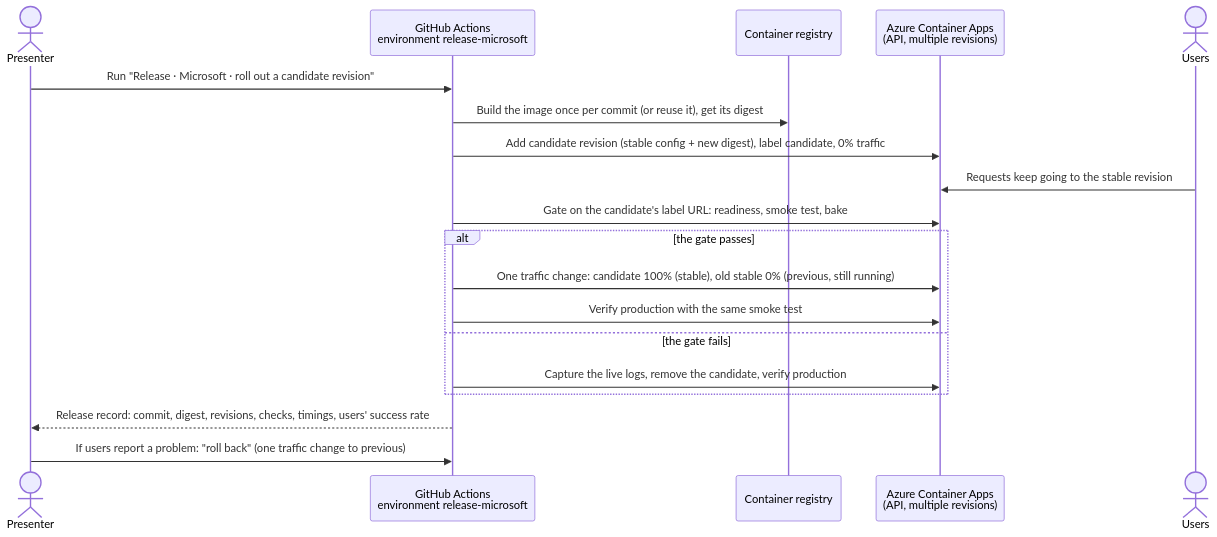
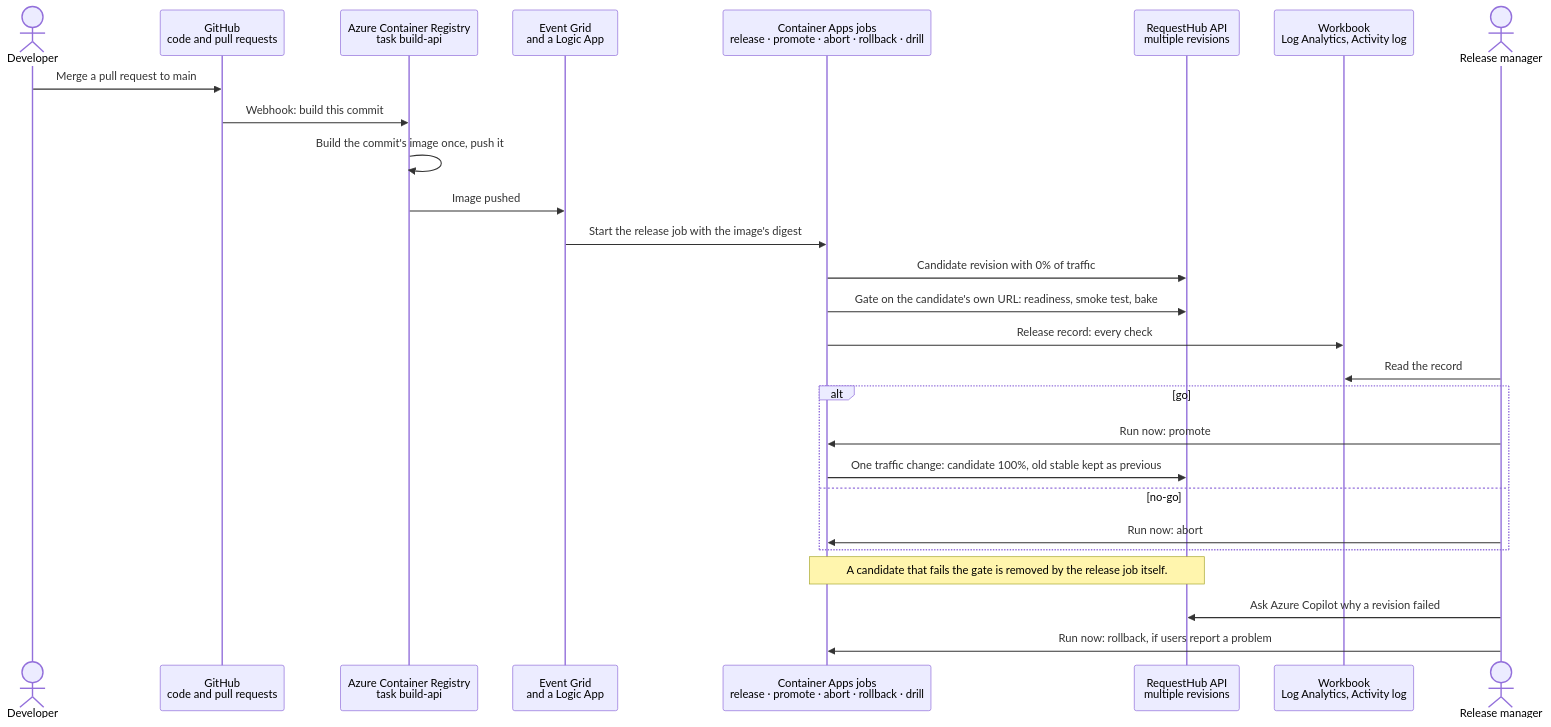
One commit to melabadi/adept-assessment-northstars changed the diagram in solutions/06-release-microsoft/README.md. Above: the diagram before and after it, drawn with Mermaid. The commit also changed other lines of this file and 56 other files, not shown here.

First line of the commit message:
06-release-microsoft: the release runs in Azure

````diff
--- a/solutions/06-release-microsoft/README.md
+++ b/solutions/06-release-microsoft/README.md
@@ -23,21 +23,29 @@
 ```mermaid
 sequenceDiagram
-  actor P as Presenter
-  participant GH as GitHub Actions<br/>environment release-microsoft
-  participant CR as Container registry
-  participant CA as Azure Container Apps<br/>(API, multiple revisions)
-  actor U as Users
-  P->>GH: Run "Release · Microsoft · roll out a candidate revision"
-  GH->>CR: Build the image once per commit (or reuse it), get its digest
-  GH->>CA: Add candidate revision (stable config + new digest), label candidate, 0% traffic
-  U->>CA: Requests keep going to the stable revision
-  GH->>CA: Gate on the candidate's label URL: readiness, smoke test, bake
-  alt the gate passes
-    GH->>CA: One traffic change: candidate 100% (stable), old stable 0% (previous, still running)
-    GH->>CA: Verify production with the same smoke test
-  else the gate fails
-    GH->>CA: Capture the live logs, remove the candidate, verify production
+  actor Dev as Developer
+  participant GH as GitHub<br/>code and pull requests
+  participant ACR as Azure Container Registry<br/>task build-api
+  participant T as Event Grid<br/>and a Logic App
+  participant J as Container Apps jobs<br/>release · promote · abort · rollback · drill
+  participant CA as RequestHub API<br/>multiple revisions
+  participant W as Workbook<br/>Log Analytics, Activity log
+  actor RM as Release manager
+  Dev->>GH: Merge a pull request to main
+  GH->>ACR: Webhook: build this commit
+  ACR->>ACR: Build the commit's image once, push it
+  ACR->>T: Image pushed
+  T->>J: Start the release job with the image's digest
+  J->>CA: Candidate revision with 0% of traffic
+  J->>CA: Gate on the candidate's own URL: readiness, smoke test, bake
+  J->>W: Release record: every check
+  RM->>W: Read the record
+  alt go
+    RM->>J: Run now: promote
+    J->>CA: One traffic change: candidate 100%, old stable kept as previous
+  else no-go
+    RM->>J: Run now: abort
   end
-  GH-->>P: Release record: commit, digest, revisions, checks, timings, users' success rate
-  P->>GH: If users report a problem: "roll back" (one traffic change to previous)
+  Note over J,CA: A candidate that fails the gate is removed by the release job itself.
+  RM->>CA: Ask Azure Copilot why a revision failed
+  RM->>J: Run now: rollback, if users report a problem
 ```
````
